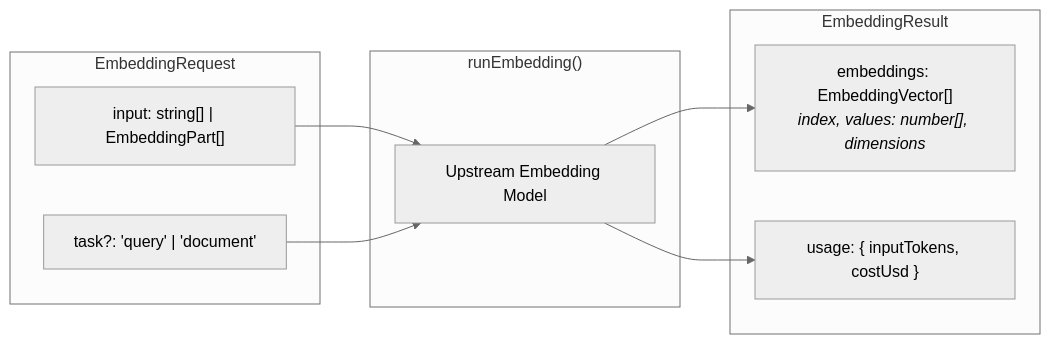
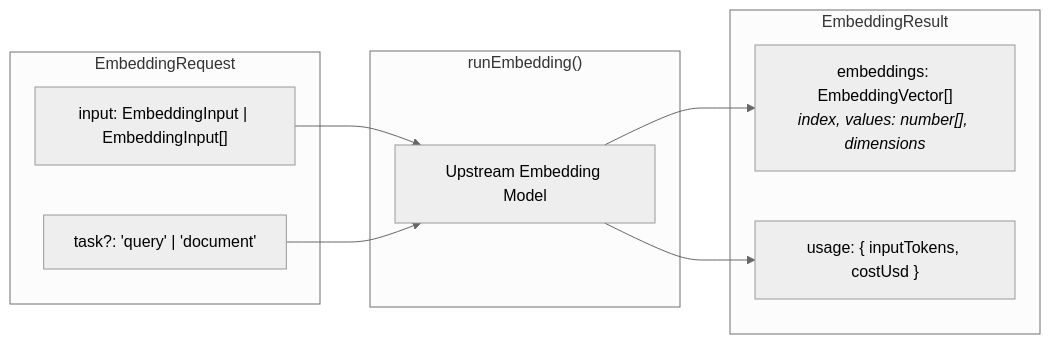
The diagram in app/lib/docs/articles/profiles/embedding.md (masudl-hub/theoremai-frontend), drawn with Mermaid (neutral theme) before and after one commit. The commit also changed other lines of this file and 27 other files, not shown here.

````diff
--- a/app/lib/docs/articles/profiles/embedding.md
+++ b/app/lib/docs/articles/profiles/embedding.md
@@ -52,15 +52,15 @@
 ```mermaid
 flowchart LR
     subgraph Input["EmbeddingRequest"]
-        T["input: string[] | EmbeddingPart[]"]
+        T["input: EmbeddingInput | EmbeddingInput[]"]
         K["task?: 'query' | 'document'"]
     end
     subgraph Kernel["runEmbedding()"]
         M["Upstream Embedding Model"]
     end
     subgraph Output["EmbeddingResult"]
         E["embeddings: EmbeddingVector[]<br/><i>index, values: number[], dimensions</i>"]
         U["usage: { inputTokens, costUsd }"]
     end
     T & K --> M --> E & U
 ```
````
